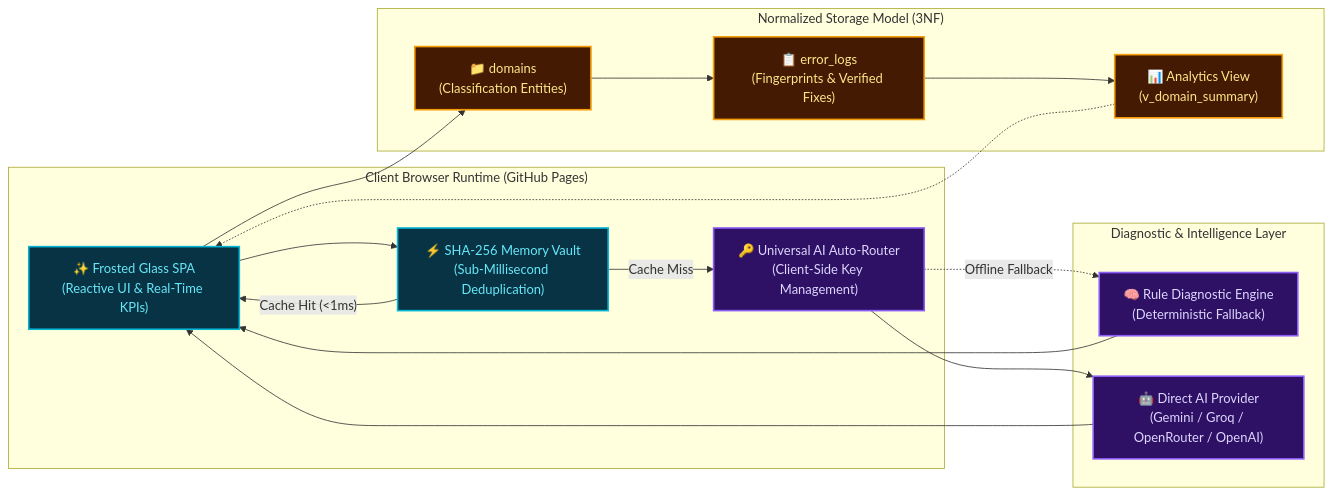
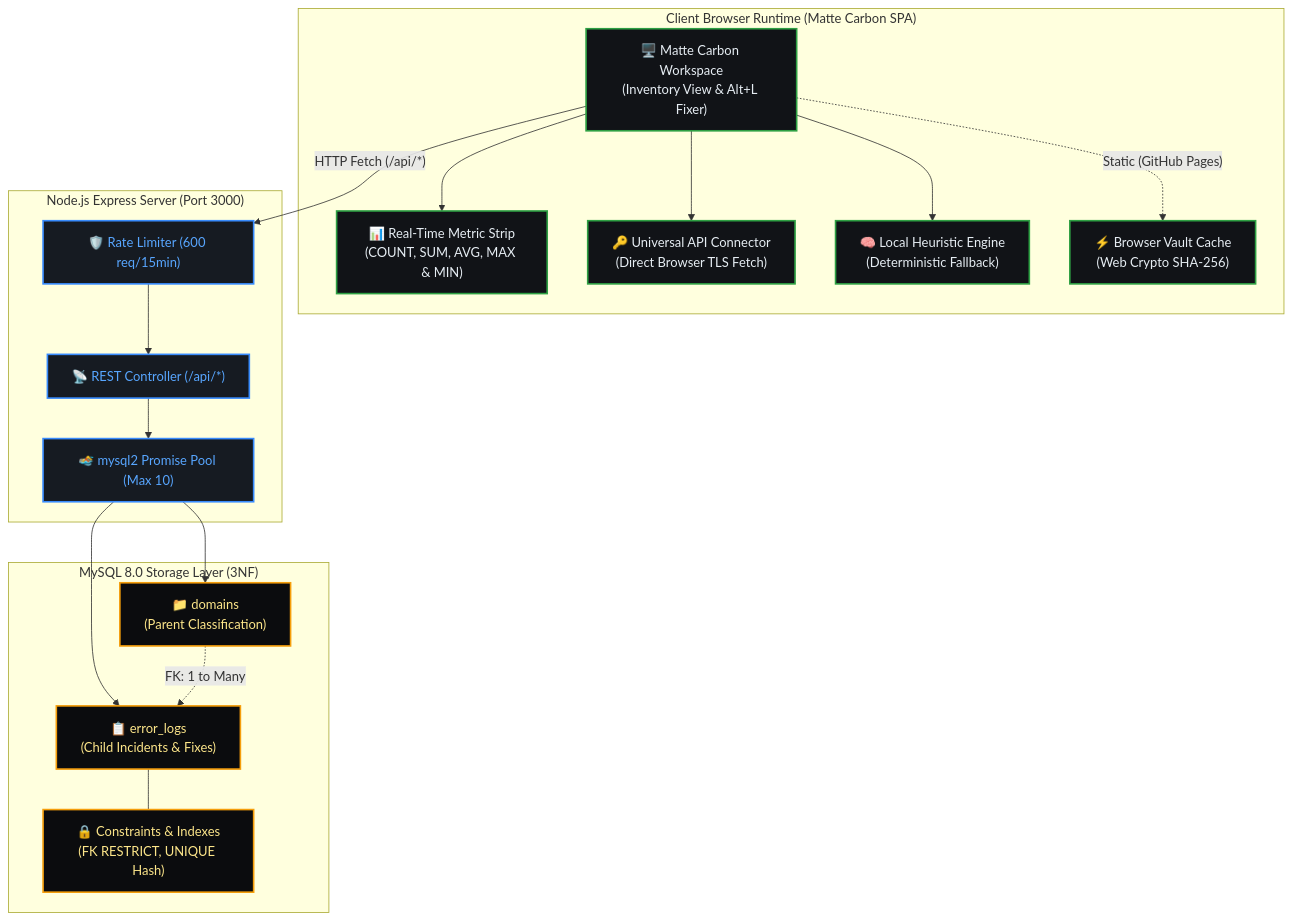
One commit to mhkh361/Tracevault changed the diagram in README.md. Above: the diagram before and after it, drawn with Mermaid. The commit also changed other lines of this file, not shown here.

Commit message:
docs: overhaul README with dual-mode architecture, DBMS lab inventory, and universal connector

````diff
--- a/README.md
+++ b/README.md
@@ -47,40 +53,43 @@
 ```mermaid
-flowchart LR
-  subgraph Client ["Client Browser Runtime (GitHub Pages)"]
-    UI["✨ Frosted Glass SPA<br/>(Reactive UI & Real-Time KPIs)"]
-    MEM["⚡ SHA-256 Memory Vault<br/>(Sub-Millisecond Deduplication)"]
-    KEY["🔑 Universal AI Auto-Router<br/>(Client-Side Key Management)"]
+flowchart TD
+  subgraph Client ["Client Browser Runtime (Matte Carbon SPA)"]
+    UI["🖥️ Matte Carbon Workspace<br/>(Inventory View & Alt+L Fixer)"]
+    METRICS["📊 Real-Time Metric Strip<br/>(COUNT, SUM, AVG, MAX & MIN)"]
+    ROUTER["🔑 Universal API Connector<br/>(Direct Browser TLS Fetch)"]
+    HEURISTIC["🧠 Local Heuristic Engine<br/>(Deterministic Fallback)"]
+    VAULT["⚡ Browser Vault Cache<br/>(Web Crypto SHA-256)"]
   end
 
-  subgraph Diagnostics ["Diagnostic & Intelligence Layer"]
-    ENGINE["🧠 Rule Diagnostic Engine<br/>(Deterministic Fallback)"]
-    AI["🤖 Direct AI Provider<br/>(Gemini / Groq / OpenRouter / OpenAI)"]
+  subgraph Backend ["Node.js Express Server (Port 3000)"]
+    RATE["🛡️ Rate Limiter (600 req/15min)"]
+    REST["📡 REST Controller (/api/*)"]
+    POOL["🏊 mysql2 Promise Pool (Max 10)"]
   end
 
-  subgraph Storage ["Normalized Storage Model (3NF)"]
-    DOM["📁 domains<br/>(Classification Entities)"]
-    LOGS["📋 error_logs<br/>(Fingerprints & Verified Fixes)"]
-    VIEW["📊 Analytics View<br/>(v_domain_summary)"]
+  subgraph Database ["MySQL 8.0 Storage Layer (3NF)"]
+    DOMAINS["📁 domains<br/>(Parent Classification)"]
+    ERRORS["📋 error_logs<br/>(Child Incidents & Fixes)"]
+    CONSTRAINTS["🔒 Constraints & Indexes<br/>(FK RESTRICT, UNIQUE Hash)"]
   end
 
-  UI --> MEM
-  MEM -- "Cache Miss" --> KEY
-  KEY --> AI
-  KEY -. "Offline Fallback" .-> ENGINE
-  AI --> UI
-  ENGINE --> UI
-  UI --> DOM
-  DOM --> LOGS
-  LOGS --> VIEW
-  VIEW -.-> UI
-  MEM -- "Cache Hit (<1ms)" --> UI
+  UI --> ROUTER
+  UI --> HEURISTIC
+  UI --> METRICS
+  UI -. "Static (GitHub Pages)" .-> VAULT
 
-  classDef emerald fill:#064e3b,stroke:#10b981,stroke-width:2px,color:#a7f3d0;
-  classDef cyan fill:#083344,stroke:#06b6d4,stroke-width:2px,color:#67e8f9;
-  classDef violet fill:#2e1065,stroke:#8b5cf6,stroke-width:2px,color:#ddd6fe;
-  classDef amber fill:#451a03,stroke:#f59e0b,stroke-width:2px,color:#fde68a;
+  UI -- "HTTP Fetch (/api/*)" --> RATE
+  RATE --> REST
+  REST --> POOL
+  POOL --> DOMAINS
+  POOL --> ERRORS
+  DOMAINS -. "FK: 1 to Many" .-> ERRORS
+  ERRORS --- CONSTRAINTS
 
-  class UI,MEM cyan;
-  class KEY,AI,ENGINE violet;
-  class DOM,LOGS,VIEW amber;
+  classDef dark fill:#111317,stroke:#2ea043,stroke-width:2px,color:#e6edf3;
+  classDef accent fill:#161b22,stroke:#388bfd,stroke-width:2px,color:#58a6ff;
+  classDef db fill:#0b0c0e,stroke:#f59e0b,stroke-width:2px,color:#fde68a;
+
+  class UI,METRICS,ROUTER,HEURISTIC,VAULT dark;
+  class RATE,REST,POOL accent;
+  class DOMAINS,ERRORS,CONSTRAINTS db;
 ```
````
